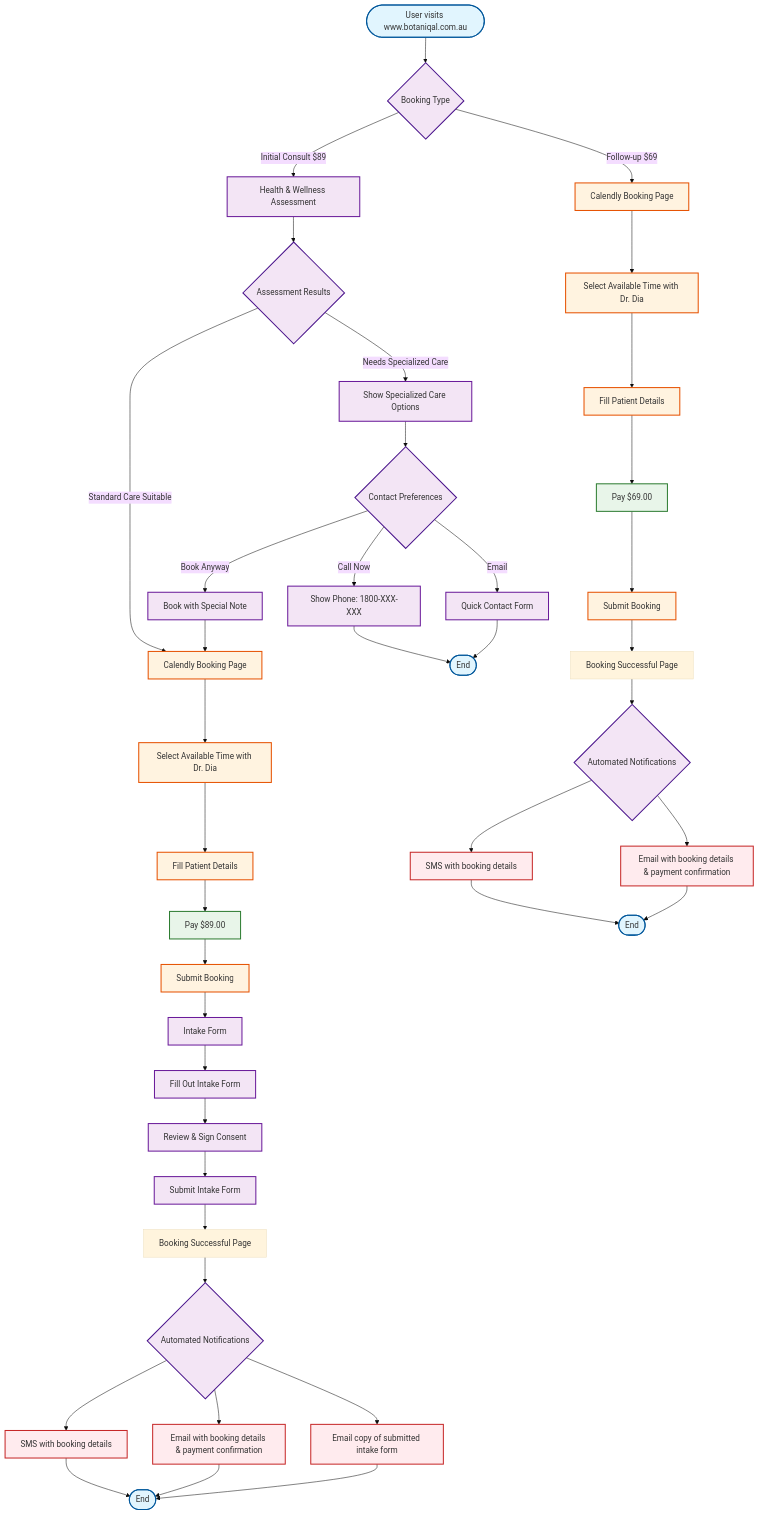
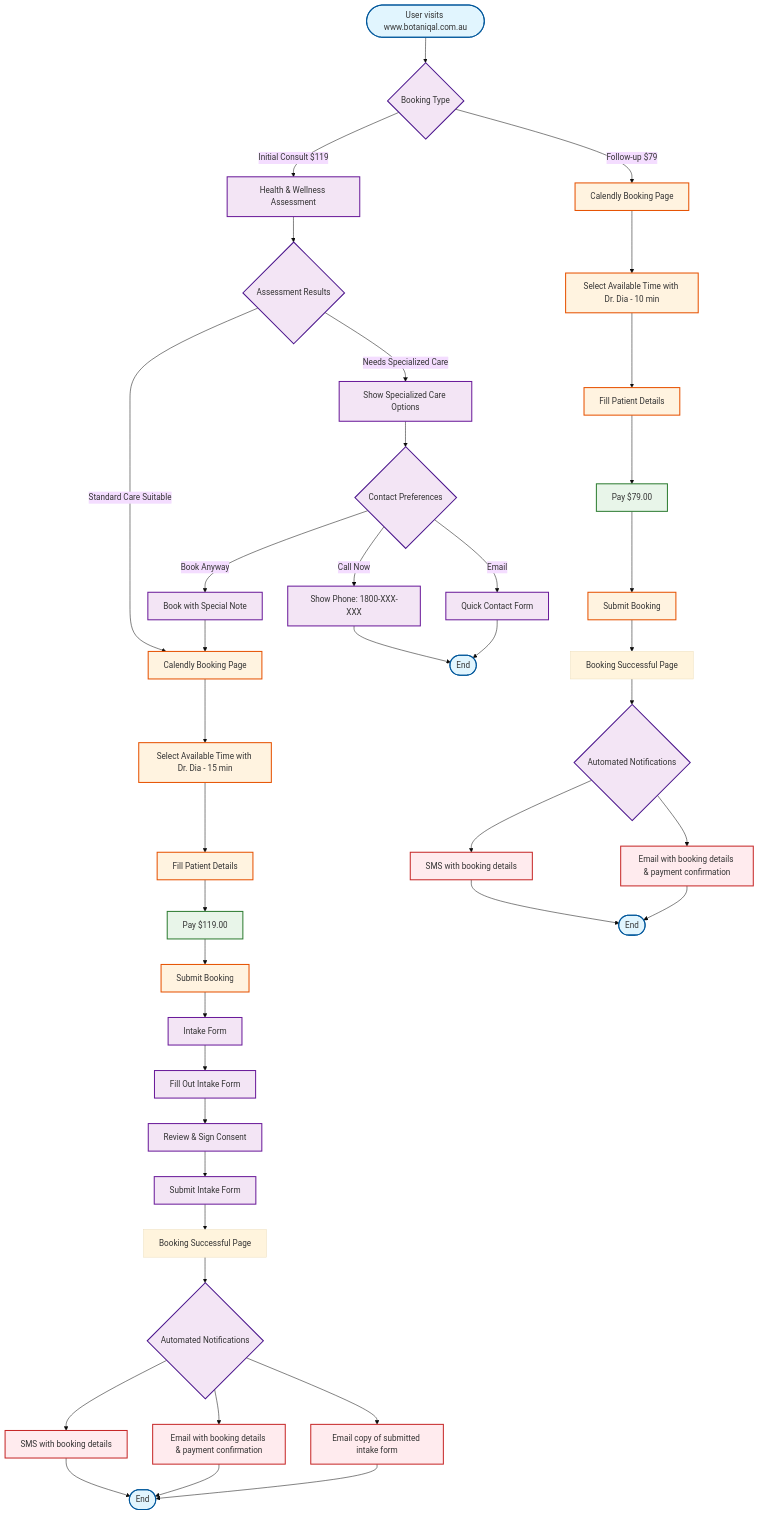
Before and after one commit to adaptationio/botanical-updates: the diagram in flowcharts/booking/current/patient-booking-flow.md, drawn with Mermaid (base theme). The commit also changed other lines of this file and 6 other files, not shown here.

First line of the commit message:
Update all pricing and appointment durations across flowcharts

````diff
--- a/flowcharts/booking/current/patient-booking-flow.md
+++ b/flowcharts/booking/current/patient-booking-flow.md
@@ -6,76 +6,76 @@
 ```mermaid
 flowchart TD
     Start([User visits www.botaniqal.com.au]) --> Choice{Booking Type}
     
     %% Initial Consultation Path
-    Choice -->|Initial Consult $89| Eligibility[Health & Wellness Assessment]
+    Choice -->|Initial Consult $119| Eligibility[Health & Wellness Assessment]
     
     Eligibility --> HealthCheck{Assessment Results}
     HealthCheck -->|Needs Specialized Care| SpecializedOptions[Show Specialized Care Options]
     HealthCheck -->|Standard Care Suitable| Calendar1[Calendly Booking Page]
     
     SpecializedOptions --> ContactOptions{Contact Preferences}
     ContactOptions -->|Call Now| PhoneInfo[Show Phone: 1800-XXX-XXX]
     ContactOptions -->|Email| EmailForm[Quick Contact Form]
     ContactOptions -->|Book Anyway| SpecialNote[Book with Special Note]
     
     PhoneInfo --> End1([End])
     EmailForm --> End1([End])
     SpecialNote --> Calendar1
     
     %% Follow-up Path
-    Choice -->|Follow-up $69| Calendar2[Calendly Booking Page]
+    Choice -->|Follow-up $79| Calendar2[Calendly Booking Page]
     
     %% Booking Process for Initial
-    Calendar1 --> SelectTime1[Select Available Time with Dr. Dia]
+    Calendar1 --> SelectTime1[Select Available Time with Dr. Dia - 15 min]
     SelectTime1 --> Details1[Fill Patient Details]
-    Details1 --> Payment1[Pay $89.00]
+    Details1 --> Payment1[Pay $119.00]
     Payment1 --> Submit1[Submit Booking]
     Submit1 --> IntakeForm[Intake Form]
     
     IntakeForm --> FillIntake[Fill Out Intake Form]
     FillIntake --> Consent[Review & Sign Consent]
     Consent --> SubmitIntake[Submit Intake Form]
     
     %% Booking Process for Follow-up
-    Calendar2 --> SelectTime2[Select Available Time with Dr. Dia]
+    Calendar2 --> SelectTime2[Select Available Time with Dr. Dia - 10 min]
     SelectTime2 --> Details2[Fill Patient Details]
-    Details2 --> Payment2[Pay $69.00]
+    Details2 --> Payment2[Pay $79.00]
     Payment2 --> Submit2[Submit Booking]
     
     %% Success Pages
     SubmitIntake --> Success1[Booking Successful Page]
     Submit2 --> Success2[Booking Successful Page]
     
     %% Notifications
     Success1 --> Notifications1{Automated Notifications}
     Success2 --> Notifications2{Automated Notifications}
     
     Notifications1 --> SMS1[SMS with booking details]
     Notifications1 --> Email1[Email with booking details & payment confirmation]
     Notifications1 --> IntakeCopy[Email copy of submitted intake form]
     
     Notifications2 --> SMS2[SMS with booking details]
     Notifications2 --> Email2[Email with booking details & payment confirmation]
     
     SMS1 --> End2([End])
     Email1 --> End2
     IntakeCopy --> End2
     SMS2 --> End3([End])
     Email2 --> End3
     
     %% Styling
     classDef startEnd fill:#e1f5fe,stroke:#01579b,stroke-width:2px
     classDef process fill:#fff3e0,stroke:#e65100,stroke-width:2px
     classDef decision fill:#f3e5f5,stroke:#4a148c,stroke-width:2px
     classDef payment fill:#e8f5e9,stroke:#2e7d32,stroke-width:2px
     classDef notification fill:#ffebee,stroke:#c62828,stroke-width:2px
     classDef form fill:#f3e5f5,stroke:#6a1b9a,stroke-width:2px
     
     class Start,End1,End2,End3 startEnd
     class Choice,HealthCheck,ContactOptions,Notifications1,Notifications2 decision
     class Calendar1,Calendar2,SelectTime1,SelectTime2,Details1,Details2,Submit1,Submit2 process
     class Payment1,Payment2 payment
     class SMS1,SMS2,Email1,Email2,IntakeCopy notification
     class Eligibility,IntakeForm,FillIntake,Consent,SubmitIntake,SpecializedOptions,PhoneInfo,EmailForm,SpecialNote form
 ```
````
